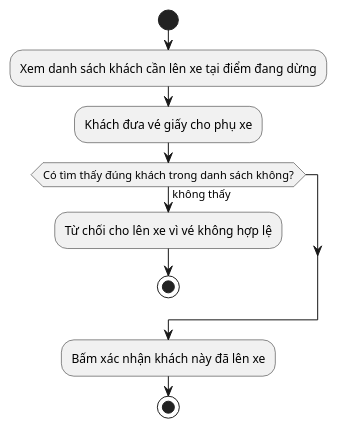
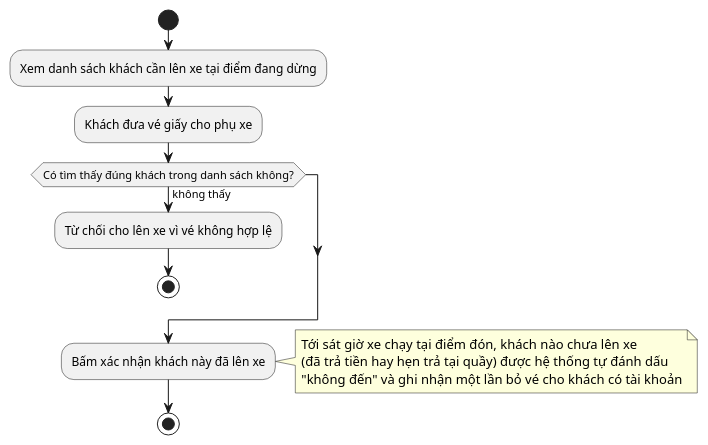
Diagram 17 of 53 in UML_DIAGRAMS.md (nguyenvietanhit19/Project1_HeThongQuanLyNhaXeKhachLienTinh), drawn with PlantUML before and after one commit. The commit also changed other lines of this file and 316 other files, not shown here.

````diff
--- a/UML_DIAGRAMS.md
+++ b/UML_DIAGRAMS.md
@@ -553,13 +571,18 @@
 ```plantuml
 @startuml AD_UC12_LenXe
 start
 :Xem danh sách khách cần lên xe tại điểm đang dừng;
 :Khách đưa vé giấy cho phụ xe;
 if (Có tìm thấy đúng khách trong danh sách không?) then (không thấy)
   :Từ chối cho lên xe vì vé không hợp lệ;
   stop
 endif
 :Bấm xác nhận khách này đã lên xe;
+note right
+  Tới sát giờ xe chạy tại điểm đón, khách nào chưa lên xe
+  (đã trả tiền hay hẹn trả tại quầy) được hệ thống tự đánh dấu
+  "không đến" và ghi nhận một lần bỏ vé cho khách có tài khoản
+end note
 stop
 @enduml
 ```
````
